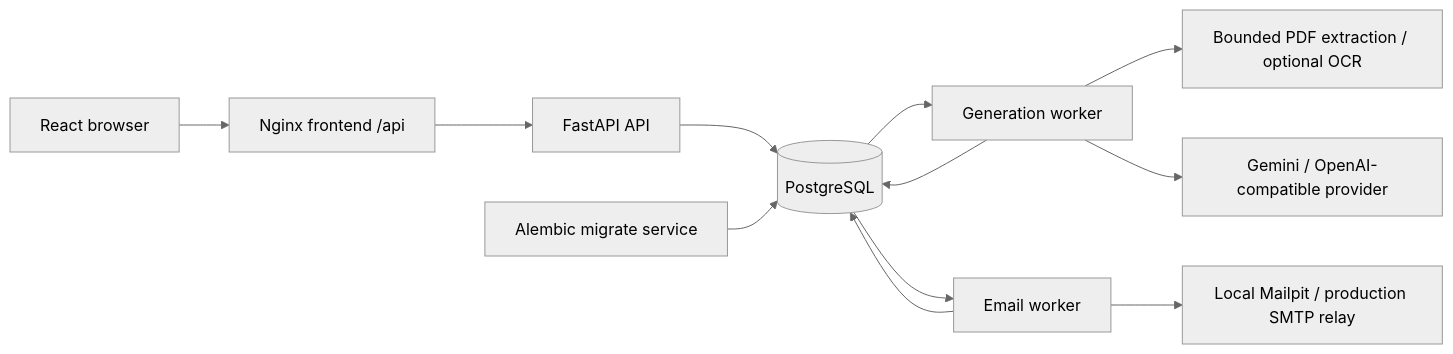
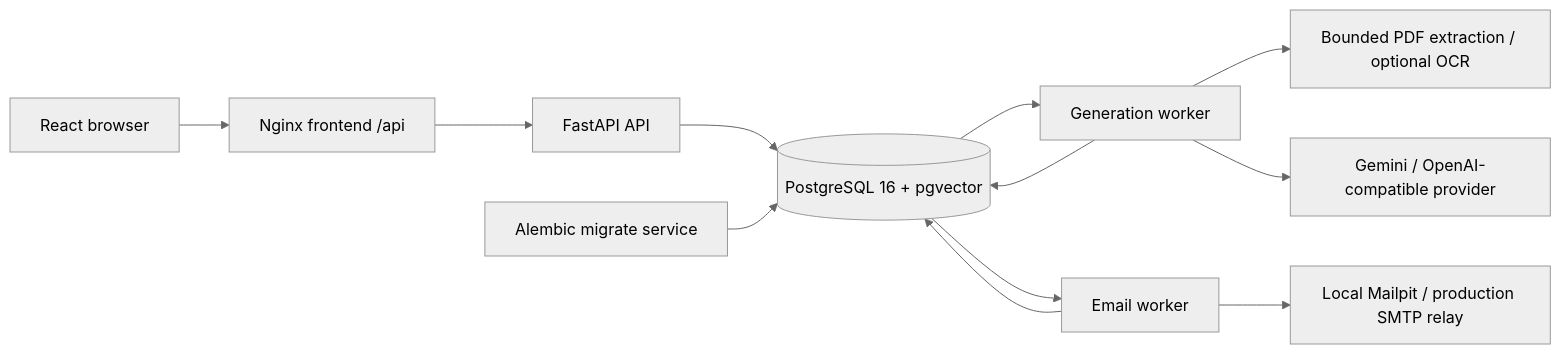
Before and after one commit to EoCiMrEo/Cardchemy: the diagram in docs/architecture/SYSTEM-OVERVIEW.md, drawn with Mermaid (neutral theme). The commit also changed other lines of this file and 105 other files, not shown here.

````diff
--- a/docs/architecture/SYSTEM-OVERVIEW.md
+++ b/docs/architecture/SYSTEM-OVERVIEW.md
@@ -14,14 +14,14 @@
 ```mermaid
 flowchart LR
     Browser[React browser] --> Edge[Nginx frontend /api]
     Edge --> API[FastAPI API]
-    API --> DB[(PostgreSQL)]
+    API --> DB[(PostgreSQL 16 + pgvector)]
     Migrate[Alembic migrate service] --> DB
     DB --> Gen[Generation worker]
     Gen --> PDF[Bounded PDF extraction / optional OCR]
     Gen --> Provider[Gemini / OpenAI-compatible provider]
     Gen --> DB
     DB --> Email[Email worker]
     Email --> SMTP[Local Mailpit / production SMTP relay]
     Email --> DB
 ```
````
